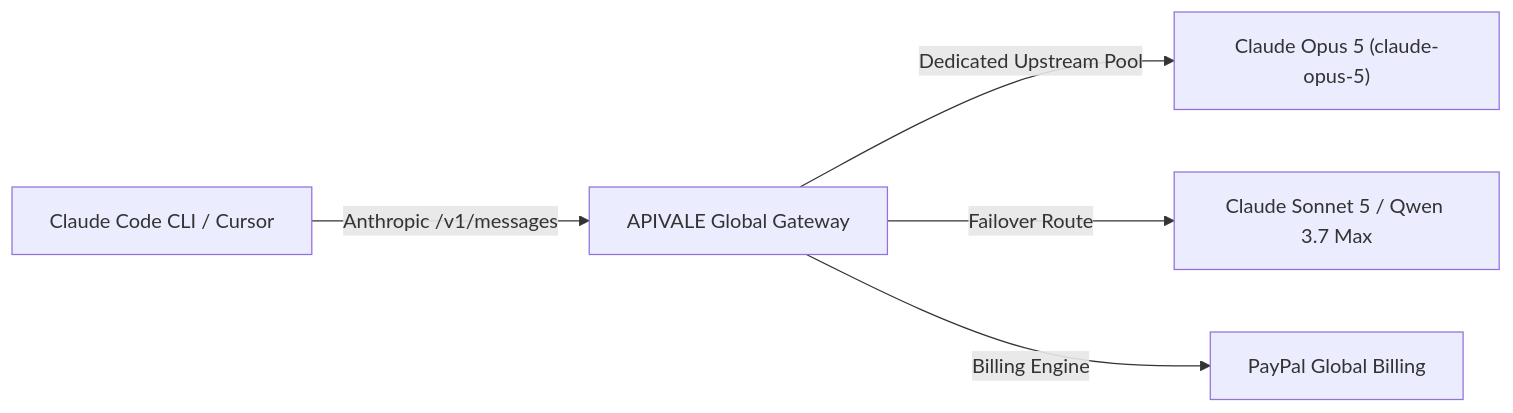
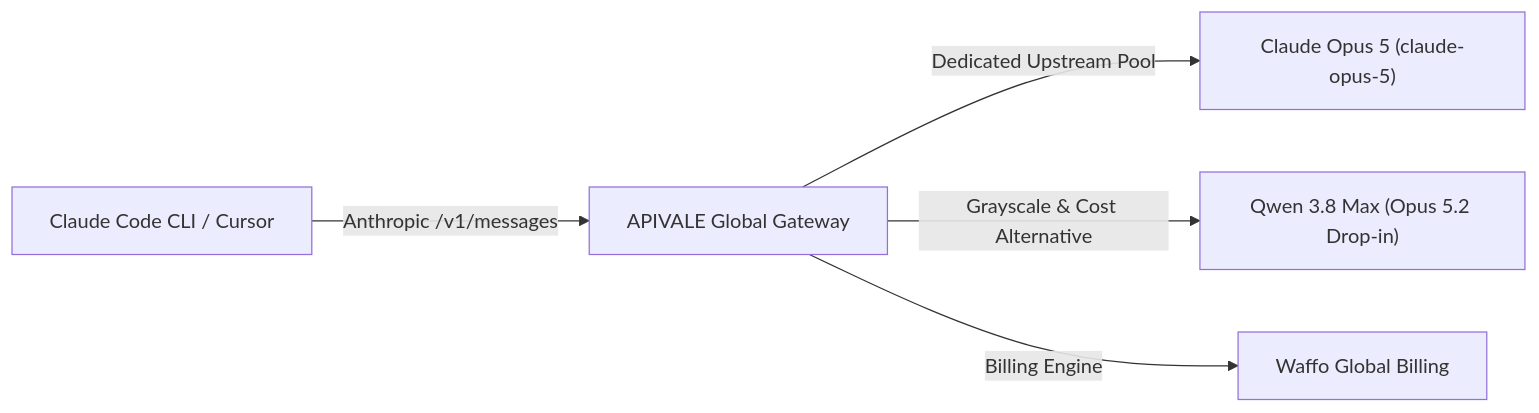
The diagram in src/content/blog/how-to-connect-claude-opus-5-to-claude-code-cli.md (bshx2024/apivel_blog), drawn with Mermaid before and after one commit. The commit also changed other lines of this file and 4 other files, not shown here.

Commit message:
feat(blog): publish Claude Opus 5.2 vs Qwen 3.8 Max guide and weave bidirectional links

````diff
--- a/src/content/blog/how-to-connect-claude-opus-5-to-claude-code-cli.md
+++ b/src/content/blog/how-to-connect-claude-opus-5-to-claude-code-cli.md
@@ -49,7 +49,7 @@
 ```mermaid
 graph LR
     A["Claude Code CLI / Cursor"] -->|Anthropic /v1/messages| B["APIVALE Global Gateway"]
     B -->|Dedicated Upstream Pool| C["Claude Opus 5 (claude-opus-5)"]
-    B -->|Failover Route| D["Claude Sonnet 5 / Qwen 3.7 Max"]
-    B -->|Billing Engine| E["PayPal Global Billing"]
+    B -->|Grayscale & Cost Alternative| D["Qwen 3.8 Max (Opus 5.2 Drop-in)"]
+    B -->|Billing Engine| E["Waffo Global Billing"]
 ```
````
